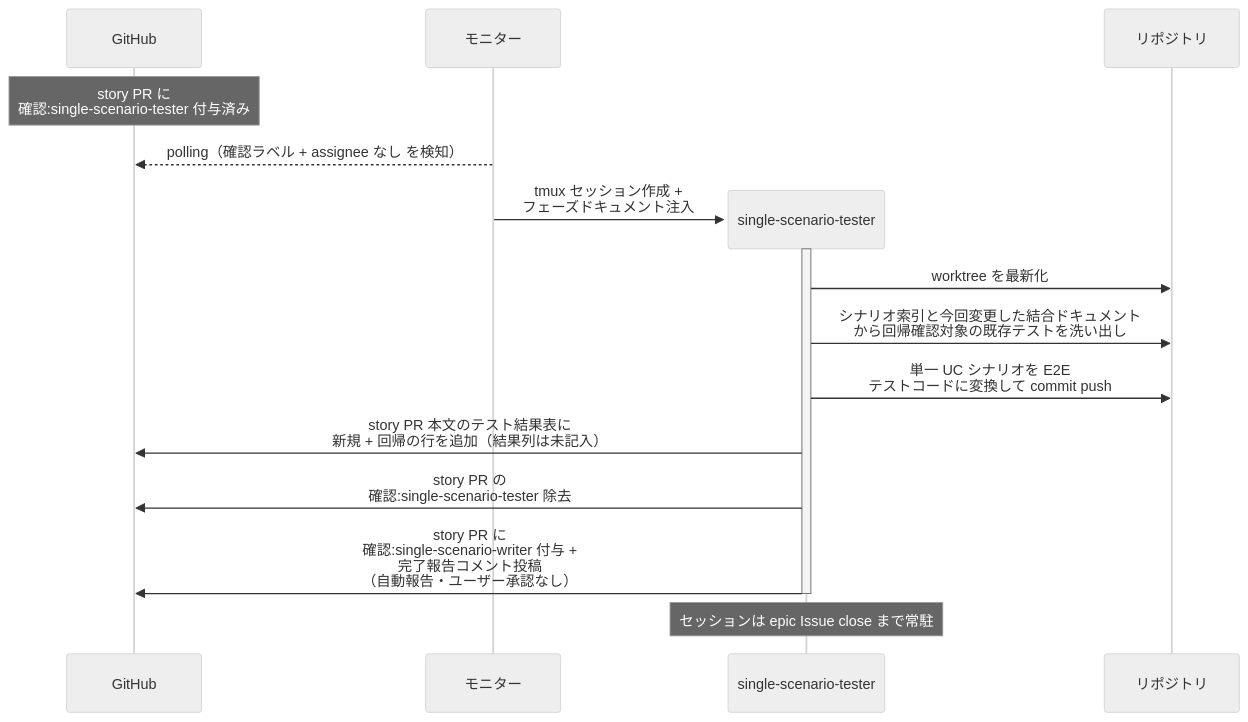
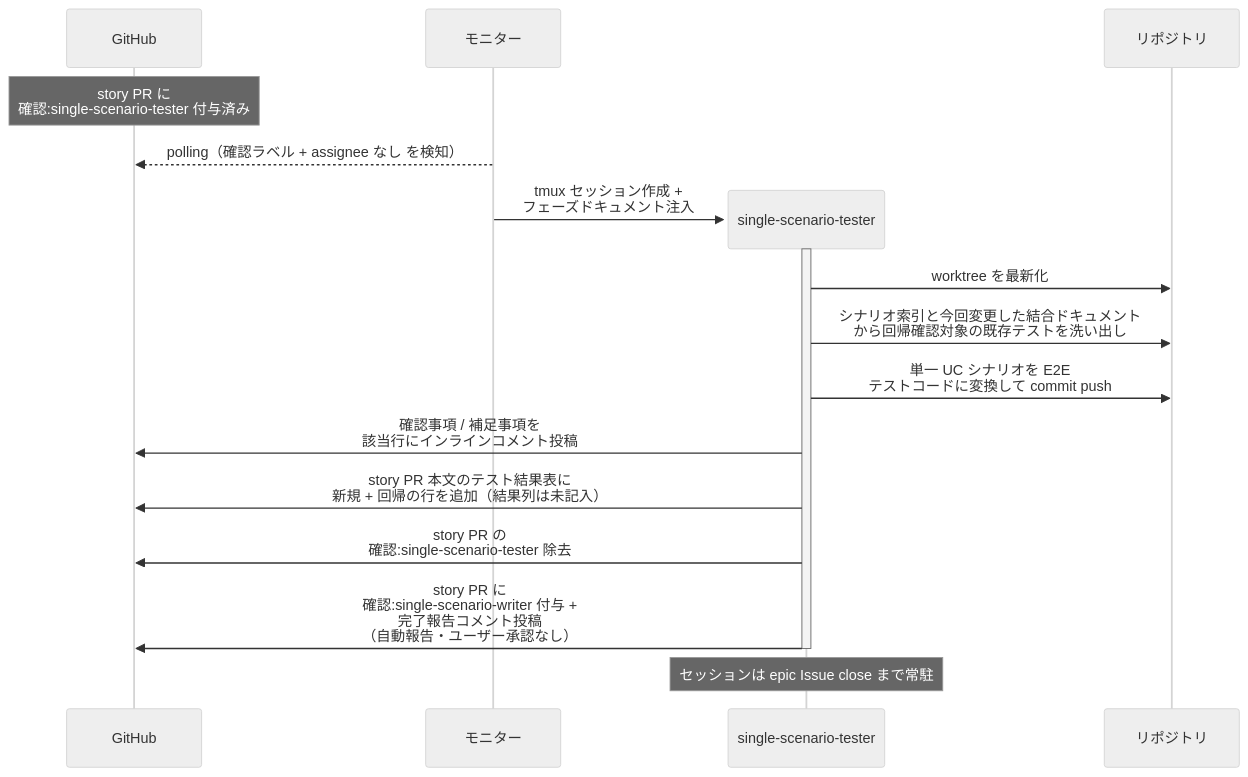
One commit to shuhei1101/ai-monitor changed the first of 2 diagrams in docs/wiki/設計図/シナリオ/単一ユースケース/統合テスト実装.md. Above: the diagram before and after it, drawn with Mermaid (neutral theme). The commit also changed other lines of this file and 54 other files, not shown here.

````diff
--- a/docs/wiki/設計図/シナリオ/単一ユースケース/統合テスト実装.md
+++ b/docs/wiki/設計図/シナリオ/単一ユースケース/統合テスト実装.md
@@ -39,20 +39,21 @@
 ```mermaid
 sequenceDiagram
   participant GH as GitHub
   participant ORC as モニター
 
   Note over GH: story PR に<br>確認:single-scenario-tester 付与済み
   ORC-->>GH: polling（確認ラベル + assignee なし を検知）
   create participant MON as single-scenario-tester
   ORC->>MON: tmux セッション作成 +<br>フェーズドキュメント注入
   participant REPO as リポジトリ
   activate MON
   MON->>REPO: worktree を最新化
   MON->>REPO: シナリオ索引と今回変更した結合ドキュメント<br>から回帰確認対象の既存テストを洗い出し
   MON->>REPO: 単一 UC シナリオを E2E<br>テストコードに変換して commit push
+  MON->>GH: 確認事項 / 補足事項を<br>該当行にインラインコメント投稿
   MON->>GH: story PR 本文のテスト結果表に<br>新規 + 回帰の行を追加（結果列は未記入）
   MON->>GH: story PR の<br>確認:single-scenario-tester 除去
   MON->>GH: story PR に<br>確認:single-scenario-writer 付与 +<br>完了報告コメント投稿<br>（自動報告・ユーザー承認なし）
   deactivate MON
   Note over MON: セッションは epic Issue close まで常駐
 ```
````
